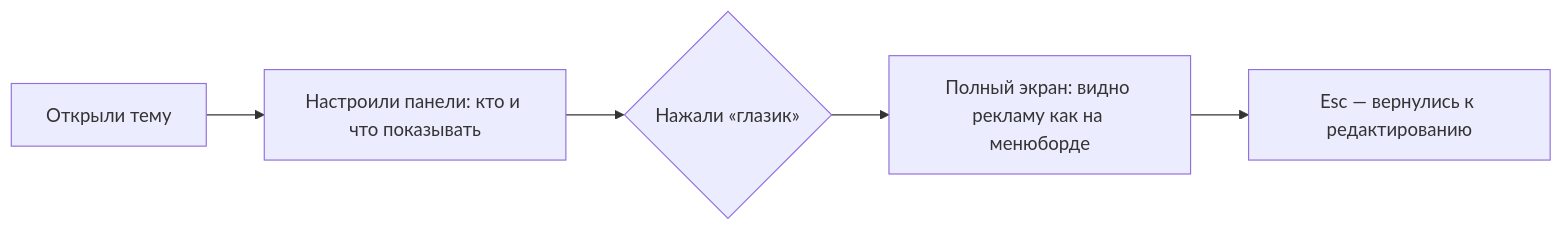
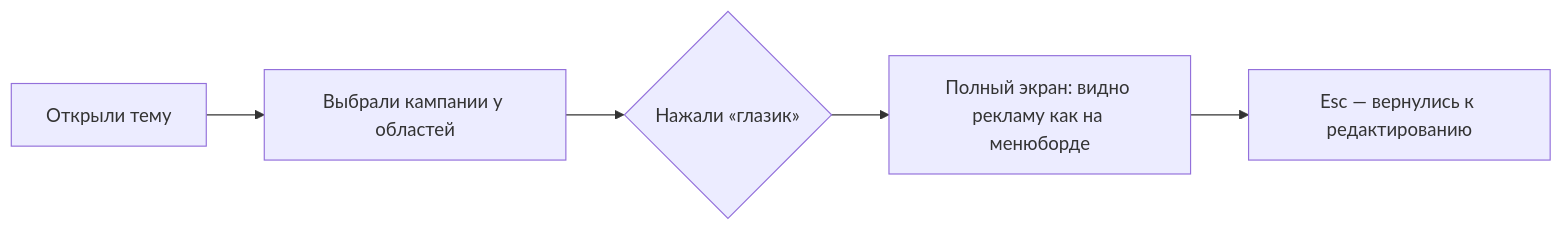
One commit to KirillTyurin21/prototypes changed the third of 3 diagrams in materials/Доработка DS/Прототипы по задачам/Объяснение на пальцах/ОБЪЯСНЕНИЕ_Динамическая_область_как_работает.md. Above: the diagram before and after it, drawn with Mermaid. The commit also changed other lines of this file and 5 other files, not shown here.

````diff
--- a/materials/Доработка DS/Прототипы по задачам/Объяснение на пальцах/ОБЪЯСНЕНИЕ_Динамическая_область_как_работает.md
+++ b/materials/Доработка DS/Прототипы по задачам/Объяснение на пальцах/ОБЪЯСНЕНИЕ_Динамическая_область_как_работает.md
@@ -81,7 +78,7 @@
 ```mermaid
 flowchart LR
-    A[Открыли тему] --> B[Настроили панели: кто и что показывать]
+    A[Открыли тему] --> B[Выбрали кампании у областей]
     B --> C{Нажали «глазик»}
     C --> D[Полный экран: видно рекламу как на менюборде]
     D --> E[Esc — вернулись к редактированию]
 ```
````
